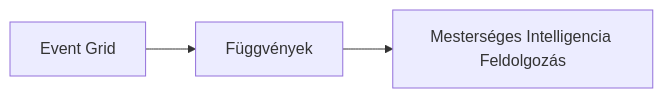
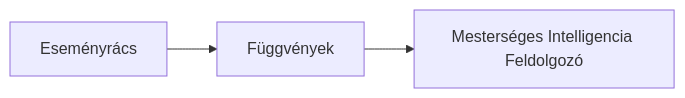
Before and after one commit to microsoft/AZD-for-beginners: the second of 2 diagrams in translations/hu/docs/chapter-08-production/README.md, drawn with Mermaid. The commit also changed other lines of this file and 101 other files, not shown here.

````diff
--- a/translations/hu/docs/chapter-08-production/README.md
+++ b/translations/hu/docs/chapter-08-production/README.md
@@ -54,4 +56,4 @@
 ```mermaid
 graph LR
-    EventGrid[Event Grid] --> Functions[Függvények] --> Pipeline[Mesterséges Intelligencia Feldolgozás]
+    EventGrid[Eseményrács] --> Functions[Függvények] --> Pipeline[Mesterséges Intelligencia Feldolgozó]
 ```
````
